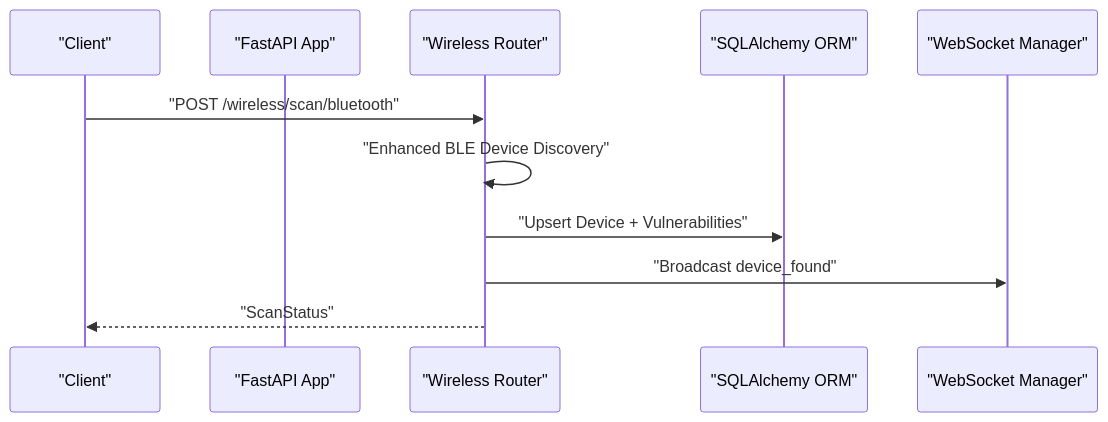
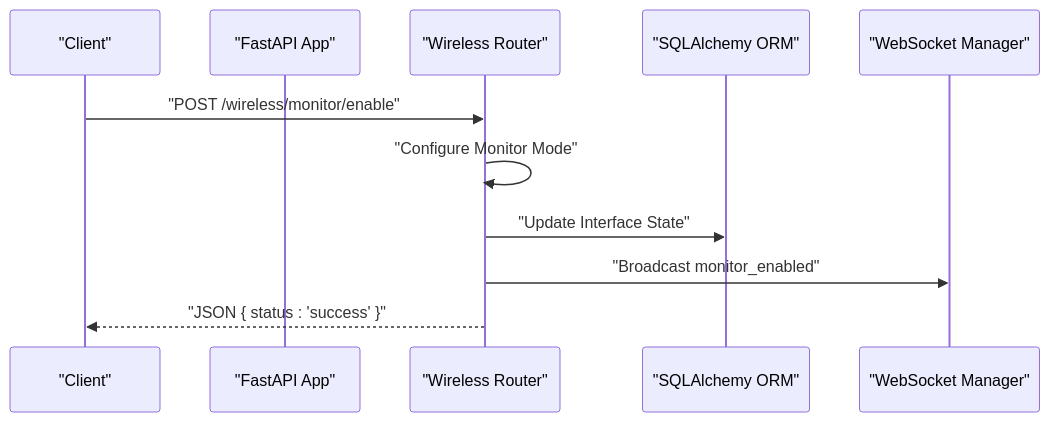
Before and after one commit to MohandWaleed3/PentexOne: the fourth of 9 diagrams in .qoder/repowiki/en/content/API Reference/API Reference.md, drawn with Mermaid. The commit also changed other lines of this file and 5 other files, not shown here.

````diff
--- a/.qoder/repowiki/en/content/API Reference/API Reference.md
+++ b/.qoder/repowiki/en/content/API Reference/API Reference.md
@@ -254,13 +272,13 @@
 ```mermaid
 sequenceDiagram
 participant Client as "Client"
 participant API as "FastAPI App"
 participant Router as "Wireless Router"
 participant DB as "SQLAlchemy ORM"
 participant WS as "WebSocket Manager"
-Client->>Router : "POST /wireless/scan/bluetooth"
-Router->>Router : "Enhanced BLE Device Discovery"
-Router->>DB : "Upsert Device + Vulnerabilities"
-Router->>WS : "Broadcast device_found"
-Router-->>Client : "ScanStatus"
+Client->>Router : "POST /wireless/monitor/enable"
+Router->>Router : "Configure Monitor Mode"
+Router->>DB : "Update Interface State"
+Router->>WS : "Broadcast monitor_enabled"
+Router-->>Client : "JSON { status : 'success' }"
 ```
````
